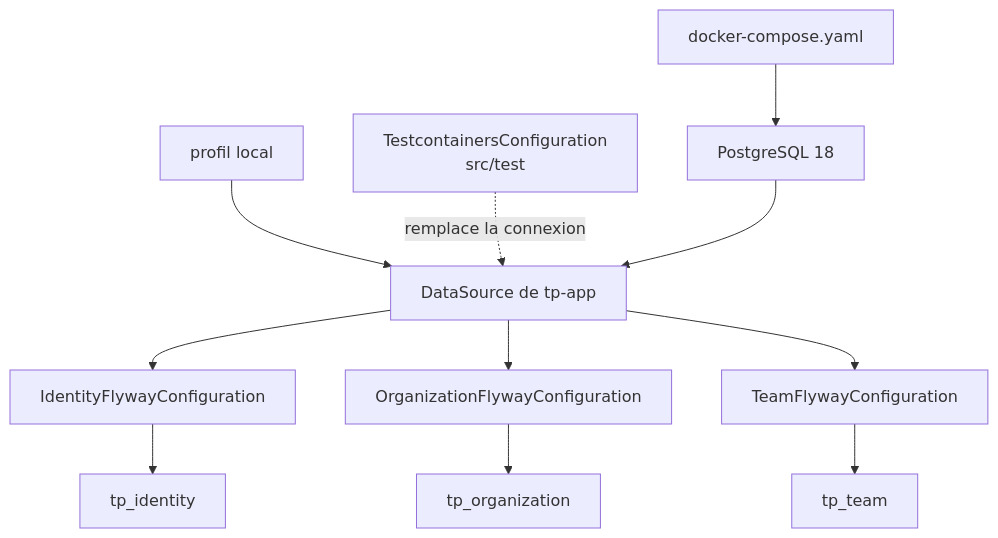
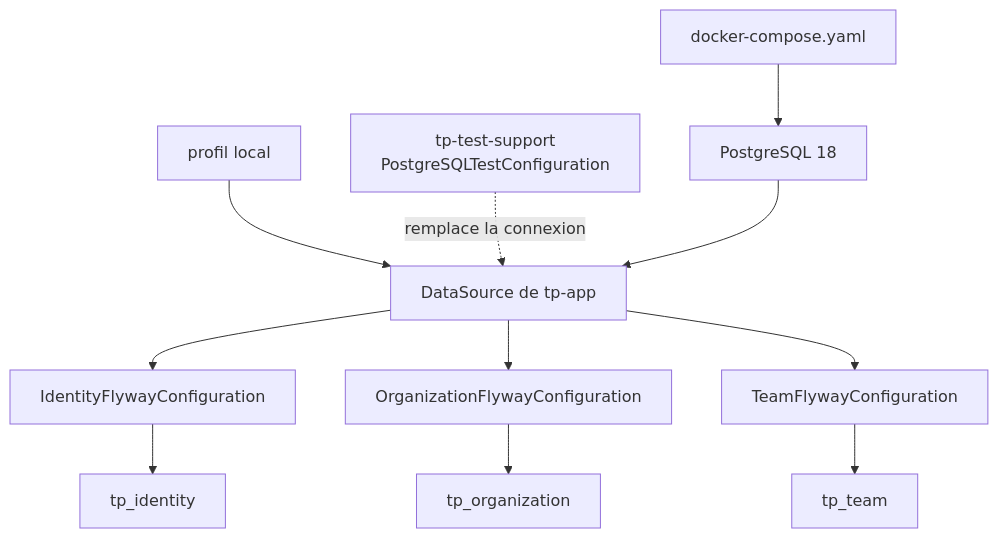
One commit to amrine/from-dev-to-architect changed the seventh of 11 diagrams in slidev/pages/weeks/W001.md. Above: the diagram before and after it, drawn with Mermaid. The commit also changed other lines of this file and 10 other files, not shown here.

````diff
--- a/slidev/pages/weeks/W001.md
+++ b/slidev/pages/weeks/W001.md
@@ -1364,13 +1364,13 @@
 ```mermaid {scale: 0.68}
 flowchart TB
   COMPOSE["docker-compose.yaml"] --> PG["PostgreSQL 18"]
   LOCAL["profil local"] --> DS["DataSource de tp-app"]
-  TC["TestcontainersConfiguration<br/>src/test"] -. remplace la connexion .-> DS
+  TC["tp-test-support<br/>PostgreSQLTestConfiguration"] -. remplace la connexion .-> DS
   DS --> IF["IdentityFlywayConfiguration"]
   DS --> OF["OrganizationFlywayConfiguration"]
   DS --> TF["TeamFlywayConfiguration"]
   IF --> IS["tp_identity"]
   OF --> OS["tp_organization"]
   TF --> TS["tp_team"]
   PG --> DS
 ```
````
